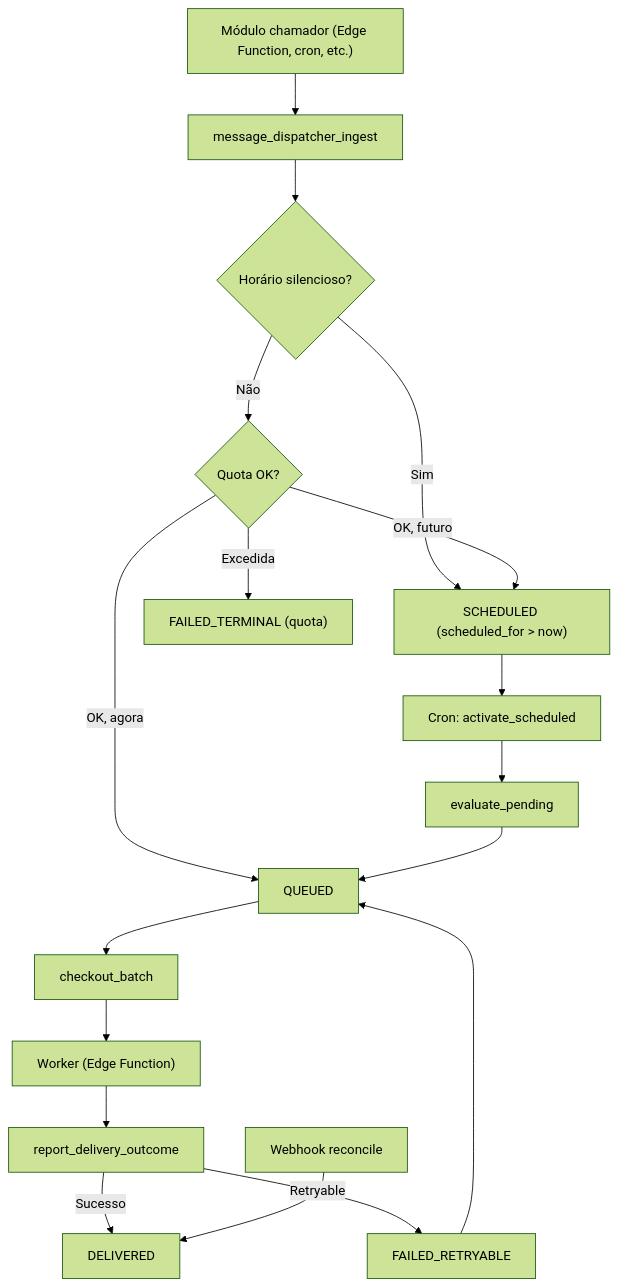
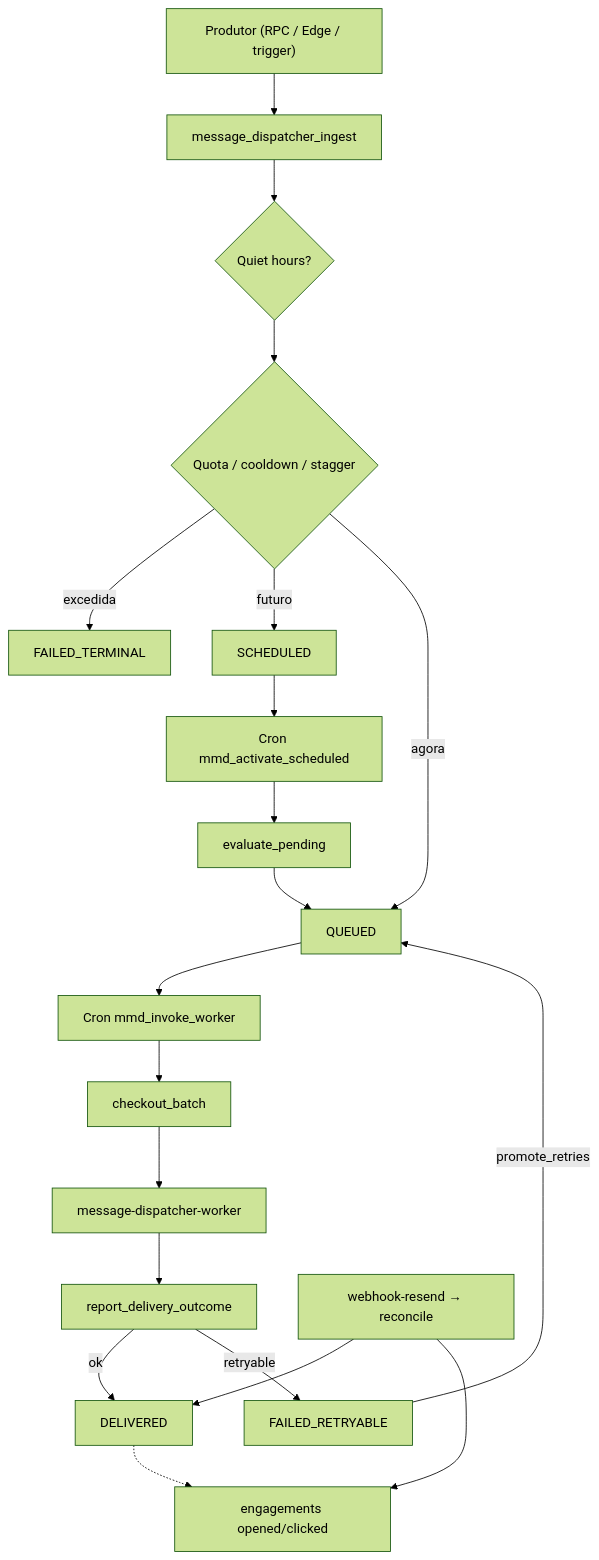
One commit to higorpo/renovi-orbit-test changed the diagram in docs/business/modulos/message-dispatcher/README.md. Above: the diagram before and after it, drawn with Mermaid (forest theme). The commit also changed other lines of this file and 63 other files, not shown here.

````diff
--- a/docs/business/modulos/message-dispatcher/README.md
+++ b/docs/business/modulos/message-dispatcher/README.md
@@ -46,32 +21,35 @@
 ```mermaid
 flowchart TD
-  CALLER["Módulo chamador (Edge Function, cron, etc.)"]
+  CALLER["Produtor (RPC / Edge / trigger)"]
   INGEST["message_dispatcher_ingest"]
-  QUIET{"Horário silencioso?"}
-  QUOTA{"Quota OK?"}
-  SCHEDULED["SCHEDULED (scheduled_for > now)"]
+  QUIET{"Quiet hours?"}
+  QUOTA{"Quota / cooldown / stagger"}
+  SCHEDULED["SCHEDULED"]
   QUEUED["QUEUED"]
-  FAILED_T["FAILED_TERMINAL (quota)"]
-  CRON_ACT["Cron: activate_scheduled"]
+  FAILED_T["FAILED_TERMINAL"]
+  CRON_ACT["Cron mmd_activate_scheduled"]
   EVAL["evaluate_pending"]
+  CRON_W["Cron mmd_invoke_worker"]
   CHECKOUT["checkout_batch"]
-  WORKER["Worker (Edge Function)"]
+  WORKER["message-dispatcher-worker"]
+  REPORT["report_delivery_outcome"]
   DELIVERED["DELIVERED"]
   FAILED_R["FAILED_RETRYABLE"]
-  REPORT["report_delivery_outcome"]
-  WEBHOOK["Webhook reconcile"]
+  WEBHOOK["webhook-resend → reconcile"]
+  ENG["engagements opened/clicked"]
 
   CALLER --> INGEST
   INGEST --> QUIET
-  QUIET -- Sim --> SCHEDULED
-  QUIET -- Não --> QUOTA
-  QUOTA -- Excedida --> FAILED_T
-  QUOTA -- OK, futuro --> SCHEDULED
-  QUOTA -- OK, agora --> QUEUED
+  QUIET --> QUOTA
+  QUOTA -->|excedida| FAILED_T
+  QUOTA -->|futuro| SCHEDULED
+  QUOTA -->|agora| QUEUED
   SCHEDULED --> CRON_ACT --> EVAL --> QUEUED
-  QUEUED --> CHECKOUT --> WORKER
-  WORKER --> REPORT
-  REPORT -- Sucesso --> DELIVERED
-  REPORT -- Retryable --> FAILED_R --> QUEUED
+  QUEUED --> CRON_W --> CHECKOUT --> WORKER --> REPORT
+  REPORT -->|ok| DELIVERED
+  REPORT -->|retryable| FAILED_R
+  FAILED_R -->|promote_retries| QUEUED
   WEBHOOK --> DELIVERED
+  WEBHOOK --> ENG
+  DELIVERED -.-> ENG
 ```
````
